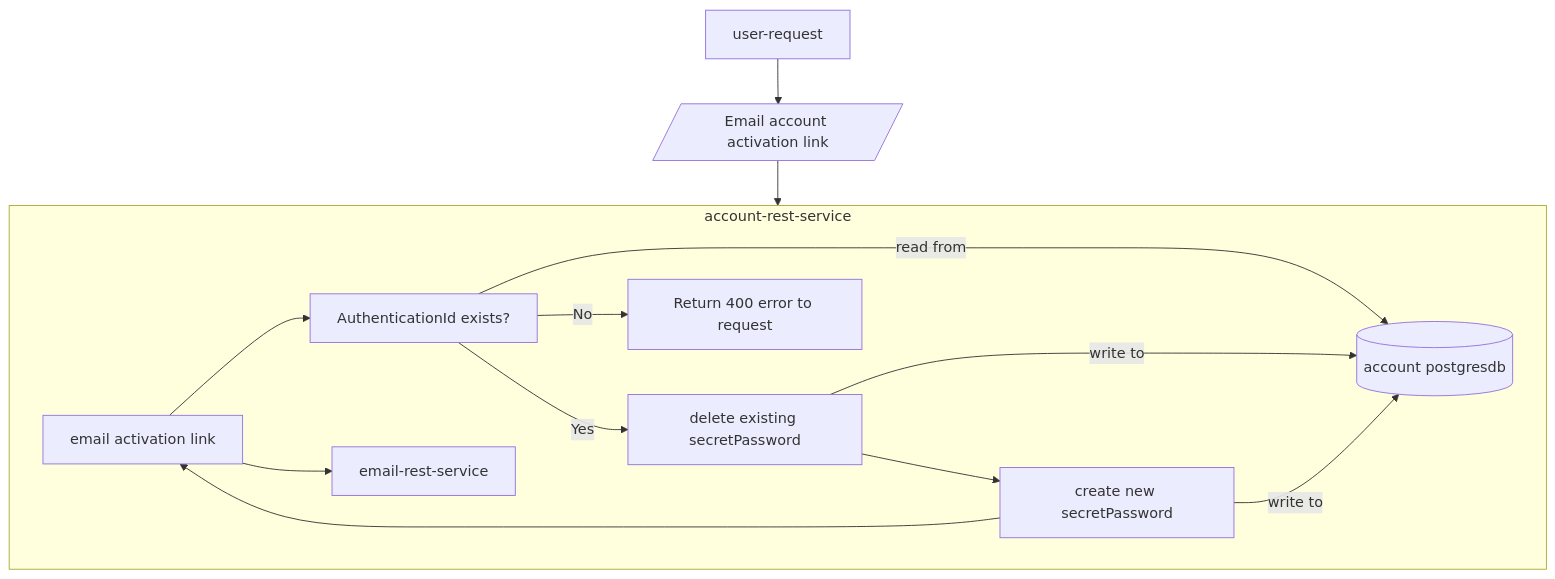
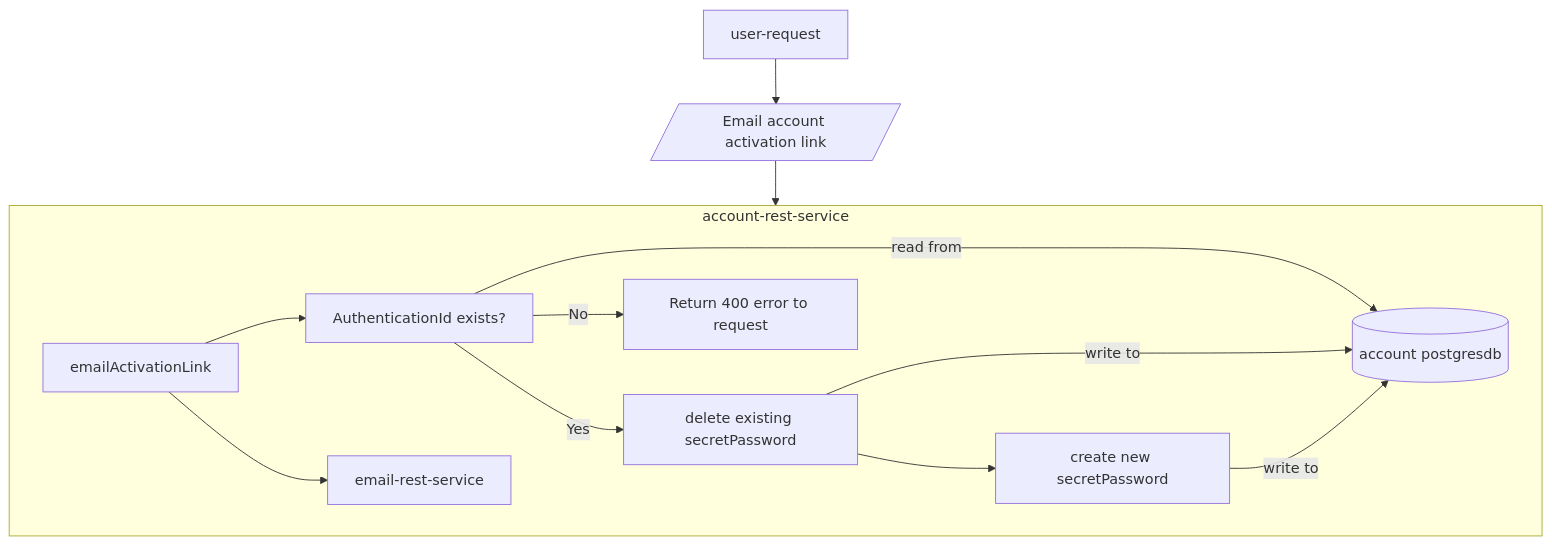
One commit to sonamsamdupkhangsar/account-rest-service changed the third of 8 diagrams in README.md. Above: the diagram before and after it, drawn with Mermaid.

````diff
--- a/README.md
+++ b/README.md
@@ -110,16 +110,16 @@
 ```mermaid
 flowchart TD
   User[user-request] -->UserEmailActivationLink[/Email account activation link/]--> account-rest-service
   
   subgraph account-rest-service
   emailActivationLink --> validateAuthenticationIdExists["AuthenticationId exists?"]
   validateAuthenticationIdExists --"read from"--> accountDb[(account postgresdb)]
   validateAuthenticationIdExists -->|Yes| deleteAnySecretPassword["delete existing secretPassword"]
   deleteAnySecretPassword --"write to"--> accountDb
   validateAuthenticationIdExists -->|No| ReturnError[Return 400 error to request]
   deleteAnySecretPassword --> createNewSecretPassword["create new secretPassword"]
   createNewSecretPassword --"write to"--> accountDb
-  createNewSecretPassword --> emailActivationLink["email activation link"]
+  
   emailActivationLink --> email-rest-service    
   end              
 ```
````
